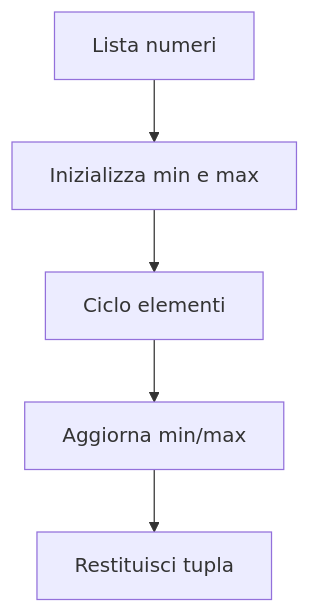
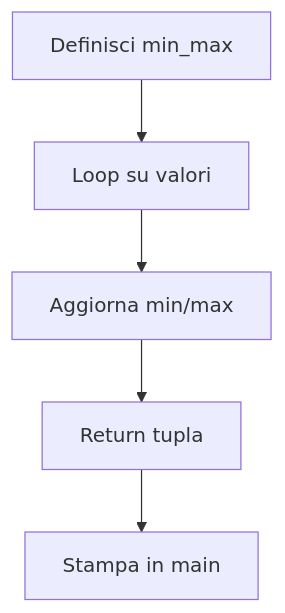
Diagram 16 of 20 in 04-python-jupyter-analisi-biomedica/README.md (lucadagati/Lab_Fondamenti_di_Informatica_25_26), drawn with Mermaid before and after one commit. The commit also changed other lines of this file, not shown here.

First line of the commit message:
README Lab 4: diagrammi separati per Jupyter e Python

````diff
--- a/04-python-jupyter-analisi-biomedica/README.md
+++ b/04-python-jupyter-analisi-biomedica/README.md
@@ -139,7 +192,7 @@
 ```mermaid
 flowchart TD
-    A[Lista numeri] --> B[Inizializza min e max]
-    B --> C[Ciclo elementi]
-    C --> D[Aggiorna min/max]
-    D --> E[Restituisci tupla]
+    A[Definisci min_max] --> B[Loop su valori]
+    B --> C[Aggiorna min/max]
+    C --> D[Return tupla]
+    D --> E[Stampa in main]
 ```
````
